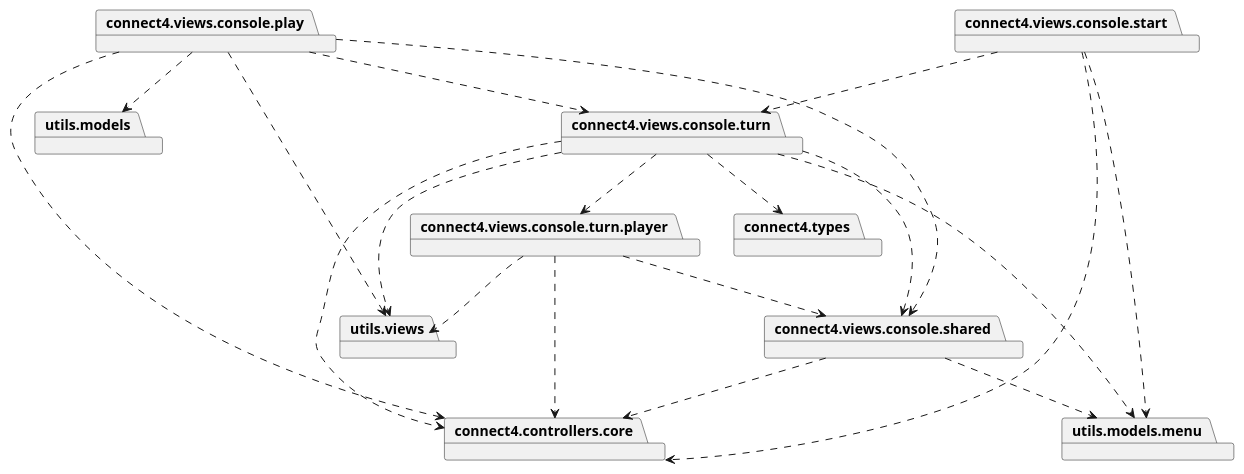
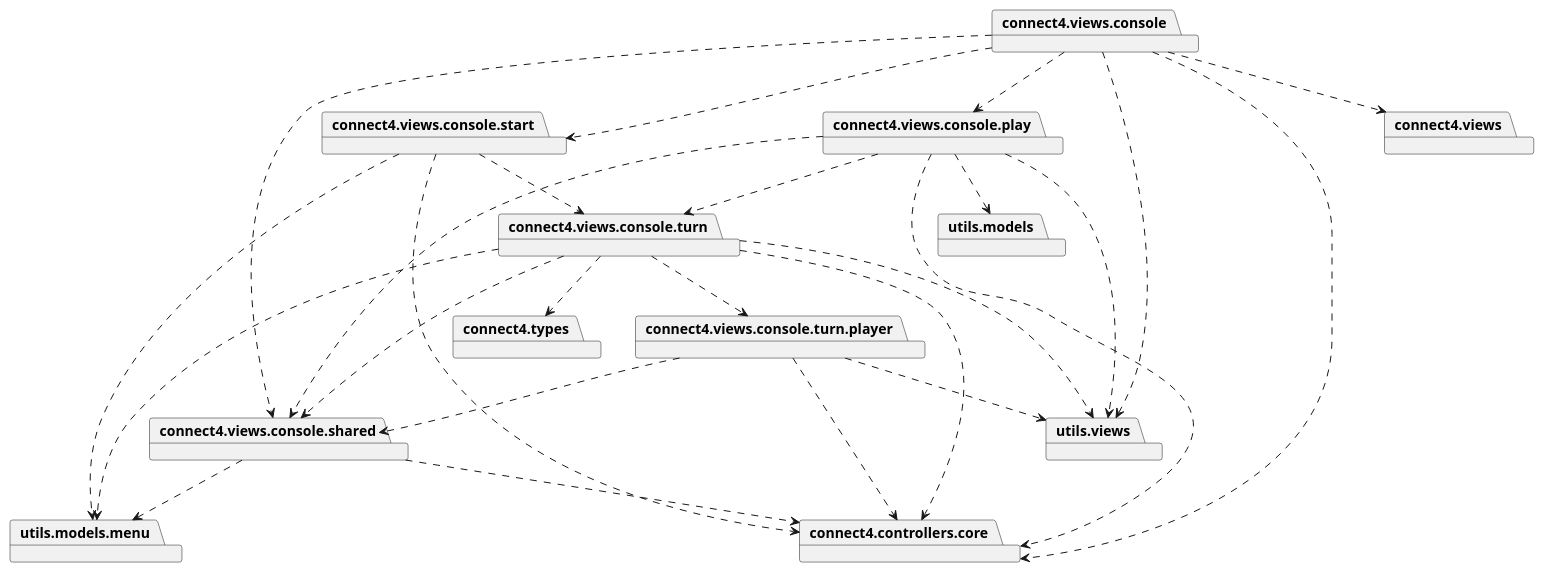
Before and after one commit to js-rom/connect4: the diagram in connect4/Docs/diagrams/src/packages/connect4.connect4.views.console-pkg.plantuml, drawn with PlantUML. The commit also changed 16 other files, not shown here.

Commit message:
docs: update console package documentation #8

```diff
--- a/connect4/Docs/diagrams/src/packages/connect4.connect4.views.console-pkg.plantuml
+++ b/connect4/Docs/diagrams/src/packages/connect4.connect4.views.console-pkg.plantuml
@@ -1,33 +1,41 @@
 @startuml
 
+package connect4.views.console
 package connect4.views.console.play
 package connect4.views.console.shared
 package connect4.views.console.turn
 package connect4.views.console.turn.player
 package utils.views
 package utils.models.menu
 package connect4.types
 package connect4.controllers.core
 package utils.models
 package connect4.views.console.start
+package connect4.views
 
+connect4.views.console ..> connect4.views.console.play
+connect4.views.console ..> connect4.views.console.start
+connect4.views.console ..> connect4.controllers.core
+connect4.views.console ..> connect4.views
+connect4.views.console ..> connect4.views.console.shared
+connect4.views.console ..> utils.views
 connect4.views.console.play ..> connect4.views.console.turn
 connect4.views.console.play ..> connect4.controllers.core
 connect4.views.console.play ..> connect4.views.console.shared
 connect4.views.console.play ..> utils.models
 connect4.views.console.play ..> utils.views
 connect4.views.console.turn ..> connect4.controllers.core
 connect4.views.console.turn ..> connect4.types
 connect4.views.console.turn ..> utils.models.menu
 connect4.views.console.turn ..> connect4.views.console.shared
 connect4.views.console.turn ..> connect4.views.console.turn.player
 connect4.views.console.turn ..> utils.views
 connect4.views.console.turn.player ..> connect4.controllers.core
 connect4.views.console.turn.player ..> connect4.views.console.shared
 connect4.views.console.turn.player ..> utils.views
 connect4.views.console.shared ..> connect4.controllers.core
 connect4.views.console.shared ..> utils.models.menu
 connect4.views.console.start ..> connect4.controllers.core
 connect4.views.console.start ..> utils.models.menu
 connect4.views.console.start ..> connect4.views.console.turn
 @enduml
```
